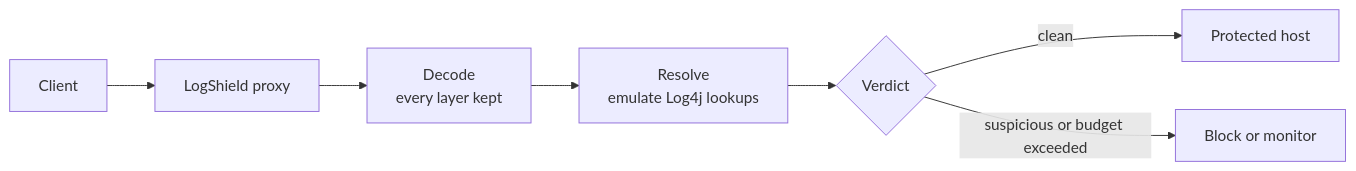
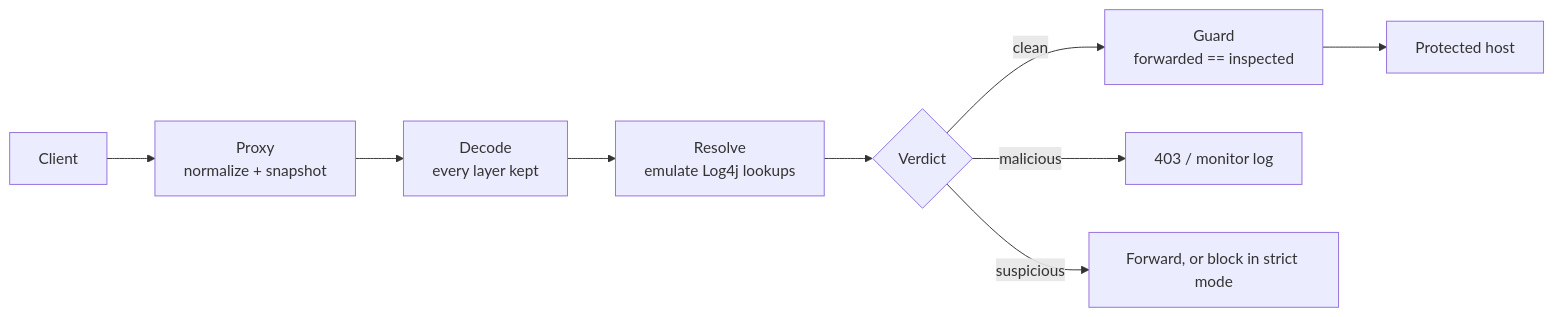
Before and after one commit to TurlaFSB/logshield: the diagram in README.md, drawn with Mermaid. The commit also changed other lines of this file and 2 other files, not shown here.

````diff
--- a/README.md
+++ b/README.md
@@ -26,9 +100,11 @@
 ```mermaid
 flowchart LR
-    C[Client] --> P[LogShield proxy]
+    C[Client] --> P[Proxy<br/>normalize + snapshot]
     P --> D[Decode<br/>every layer kept]
     D --> R[Resolve<br/>emulate Log4j lookups]
     R --> V{Verdict}
-    V -- clean --> T[Protected host]
-    V -- suspicious or budget exceeded --> B[Block or monitor]
+    V -- clean --> G[Guard<br/>forwarded == inspected]
+    G --> T[Protected host]
+    V -- malicious --> B[403 / monitor log]
+    V -- suspicious --> S[Forward, or block in strict mode]
 ```
````
